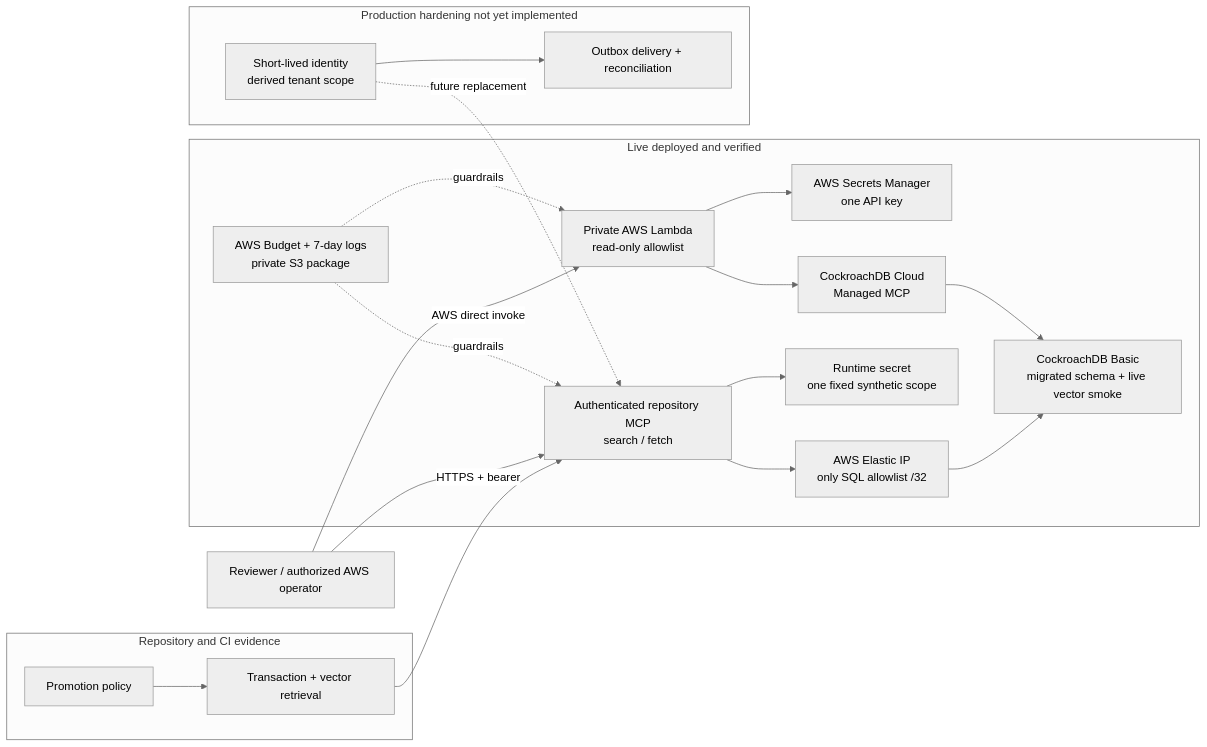
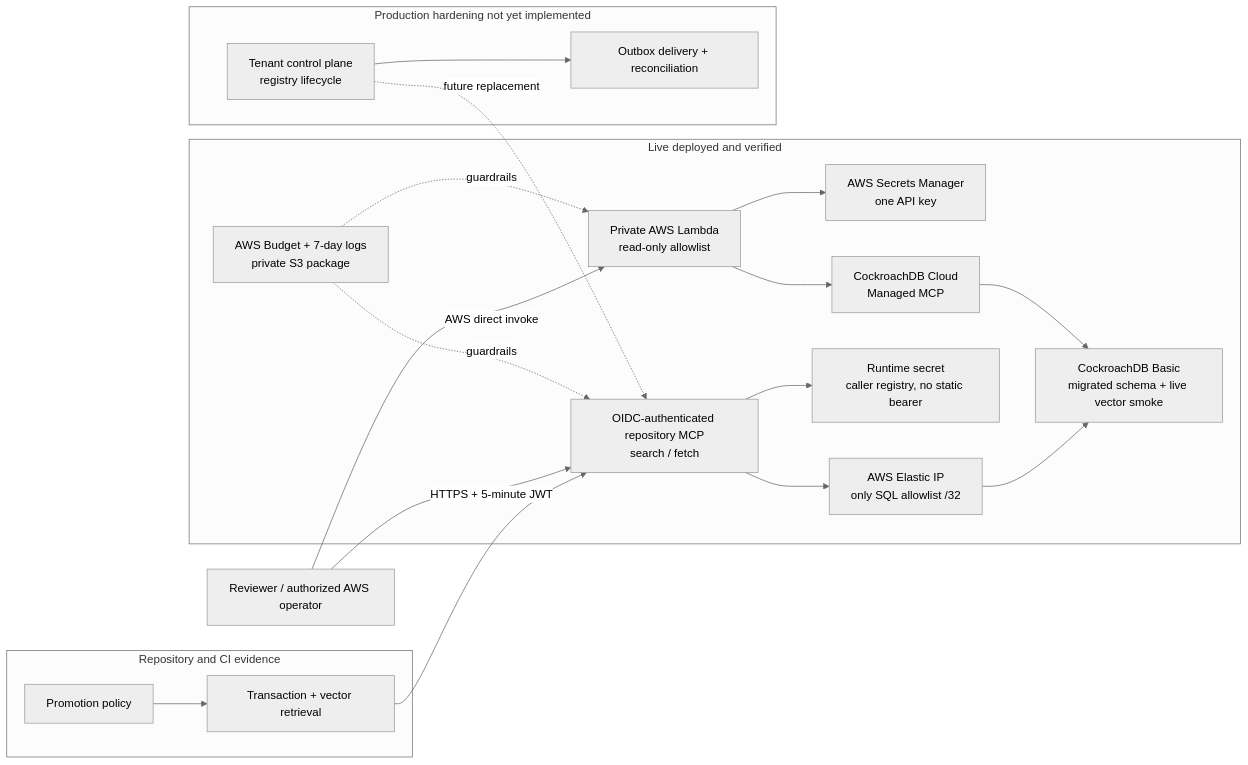
One commit to YongHwan2161/continuum-memory-firewall changed the diagram in docs/ARCHITECTURE.md. Above: the diagram before and after it, drawn with Mermaid (neutral theme). The commit also changed other lines of this file and 10 other files, not shown here.

````diff
--- a/docs/ARCHITECTURE.md
+++ b/docs/ARCHITECTURE.md
@@ -100,39 +101,39 @@
 ```mermaid
 flowchart LR
   reviewer["Reviewer / authorized AWS operator"]
 
   subgraph live["Live deployed and verified"]
     lambda["Private AWS Lambda<br/>read-only allowlist"]
     secret["AWS Secrets Manager<br/>one API key"]
     managed["CockroachDB Cloud<br/>Managed MCP"]
     basic["CockroachDB Basic<br/>migrated schema + live vector smoke"]
-    repoMcp["Authenticated repository MCP<br/>search / fetch"]
-    runtimeSecret["Runtime secret<br/>one fixed synthetic scope"]
+    repoMcp["OIDC-authenticated repository MCP<br/>search / fetch"]
+    runtimeSecret["Runtime secret<br/>caller registry, no static bearer"]
     eip["AWS Elastic IP<br/>only SQL allowlist /32"]
     budget["AWS Budget + 7-day logs<br/>private S3 package"]
     lambda --> secret
     lambda --> managed
     managed --> basic
     repoMcp --> runtimeSecret
     repoMcp --> eip --> basic
     budget -. guardrails .-> lambda
     budget -. guardrails .-> repoMcp
   end
 
   subgraph local["Repository and CI evidence"]
     policy["Promotion policy"]
     store["Transaction + vector retrieval"]
     policy --> store
   end
 
   subgraph planned["Production hardening not yet implemented"]
-    auth["Short-lived identity<br/>derived tenant scope"]
+    auth["Tenant control plane<br/>registry lifecycle"]
     outbox["Outbox delivery + reconciliation"]
     auth --> outbox
   end
 
   reviewer -->|"AWS direct invoke"| lambda
-  reviewer -->|"HTTPS + bearer"| repoMcp
+  reviewer -->|"HTTPS + 5-minute JWT"| repoMcp
   store --> repoMcp
   auth -. "future replacement" .-> repoMcp
 ```
````
